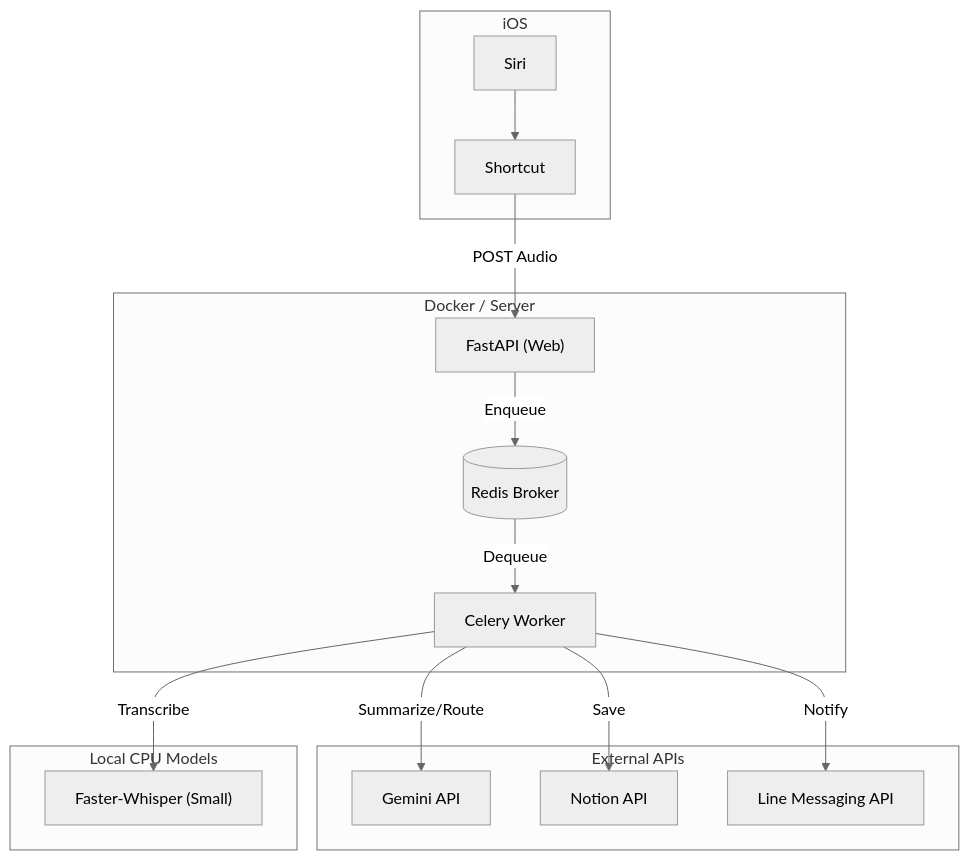
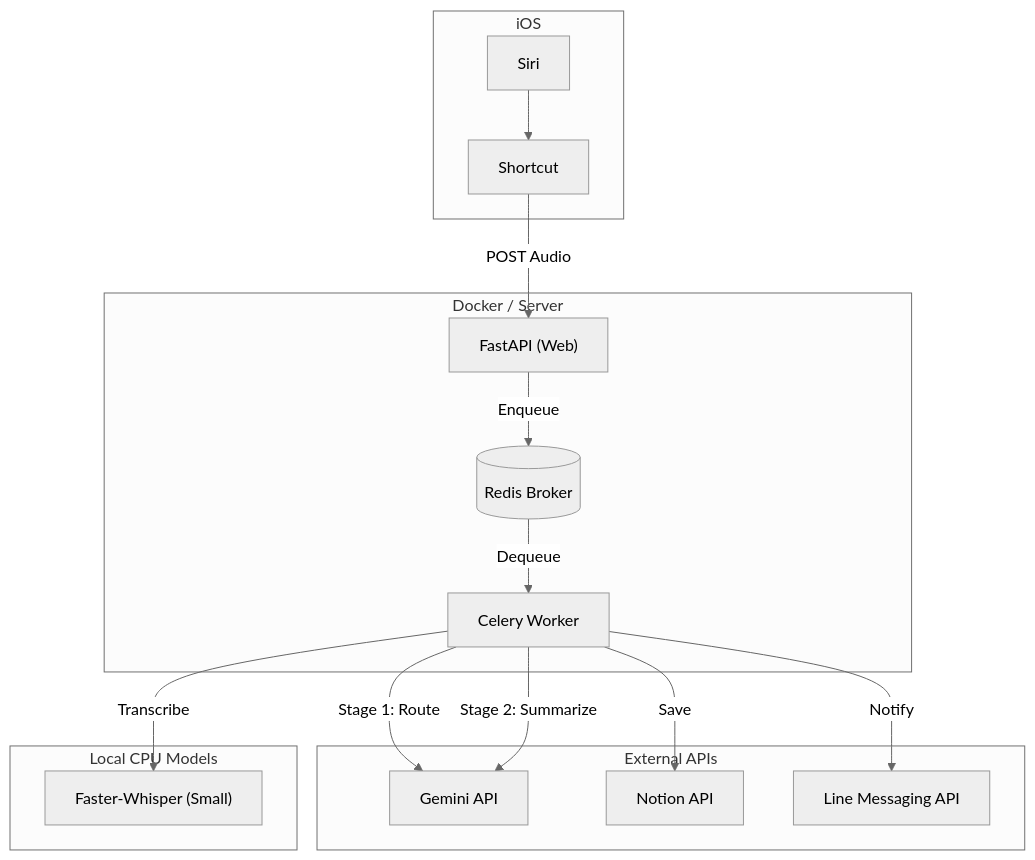
One commit to YuChieh-Chiu/Voice-Notion changed the second of 2 diagrams in docs/PROJECT_REQUIREMENTS.md. Above: the diagram before and after it, drawn with Mermaid (neutral theme). The commit also changed other lines of this file and 3 other files, not shown here.

````diff
--- a/docs/PROJECT_REQUIREMENTS.md
+++ b/docs/PROJECT_REQUIREMENTS.md
@@ -60,32 +62,33 @@
 ```mermaid
 graph TD
     subgraph Client [iOS]
         Siri
         Shortcut
     end
 
     subgraph Infrastructure [Docker / Server]
         API["FastAPI (Web)"]
         Redis[("Redis Broker")]
         Worker["Celery Worker"]
     end
 
     subgraph Services [External APIs]
         Gemini[Gemini API]
         NotionCloud[Notion API]
         LineCloud[Line Messaging API]
     end
     
     subgraph LocalModels [Local CPU Models]
         Whisper["Faster-Whisper (Small)"]
     end
 
     Siri --> Shortcut
     Shortcut -- POST Audio --> API
     API -- Enqueue --> Redis
     Redis -- Dequeue --> Worker
     Worker -- Transcribe --> Whisper
-    Worker -- Summarize/Route --> Gemini
+    Worker -- "Stage 1: Route" --> Gemini
+    Worker -- "Stage 2: Summarize" --> Gemini
     Worker -- Save --> NotionCloud
     Worker -- Notify --> LineCloud
 ```
````
